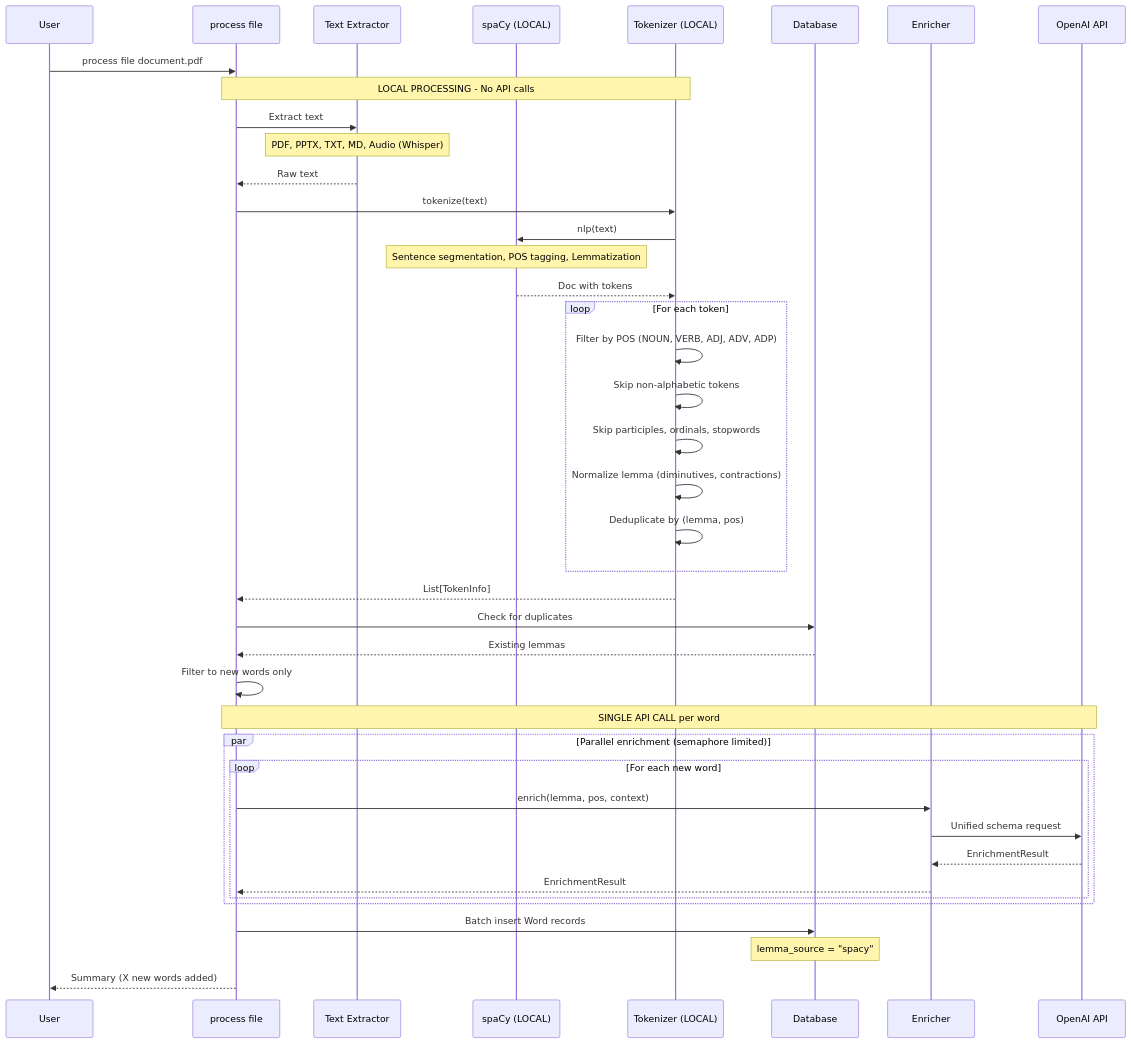
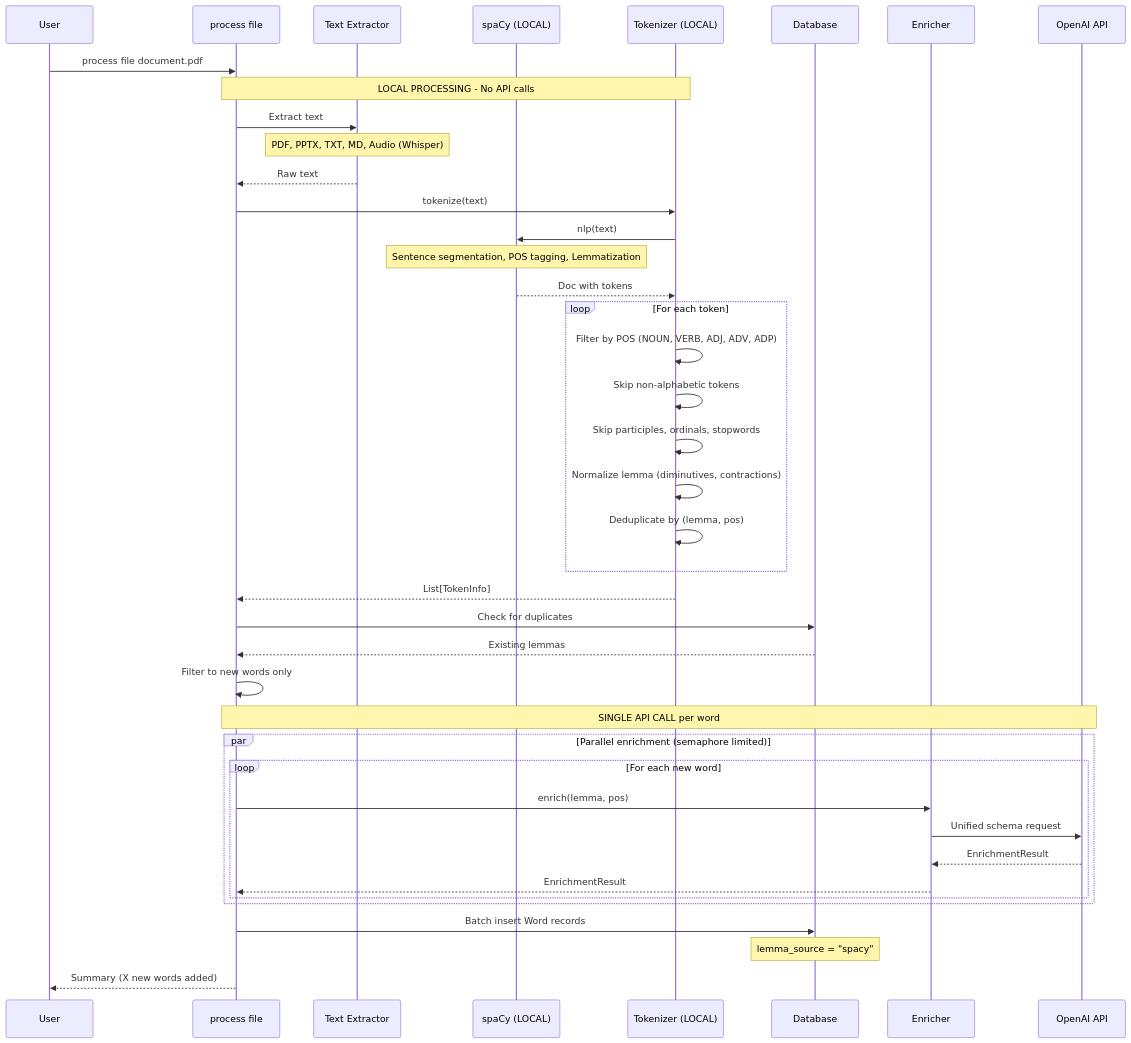
One commit to sapientpants/vocabext changed the second of 9 diagrams in docs/llm-pipelines.md. Above: the diagram before and after it, drawn with Mermaid. The commit also changed other lines of this file and 3 other files, not shown here.

First line of the commit message:
fix: address Copilot review comments and add preposition schema

````diff
--- a/docs/llm-pipelines.md
+++ b/docs/llm-pipelines.md
@@ -71,51 +71,51 @@
 ```mermaid
 sequenceDiagram
     participant User
     participant CLI as process file
     participant Extractor as Text Extractor
     participant spaCy as spaCy (LOCAL)
     participant Tokenizer as Tokenizer (LOCAL)
     participant DB as Database
     participant Enricher
     participant API as OpenAI API
 
     User->>CLI: process file document.pdf
 
     Note over CLI,Tokenizer: LOCAL PROCESSING - No API calls
     CLI->>Extractor: Extract text
     Note over Extractor: PDF, PPTX, TXT, MD, Audio (Whisper)
     Extractor-->>CLI: Raw text
 
     CLI->>Tokenizer: tokenize(text)
     Tokenizer->>spaCy: nlp(text)
     Note over spaCy: Sentence segmentation, POS tagging, Lemmatization
     spaCy-->>Tokenizer: Doc with tokens
 
     loop For each token
         Tokenizer->>Tokenizer: Filter by POS (NOUN, VERB, ADJ, ADV, ADP)
         Tokenizer->>Tokenizer: Skip non-alphabetic tokens
         Tokenizer->>Tokenizer: Skip participles, ordinals, stopwords
         Tokenizer->>Tokenizer: Normalize lemma (diminutives, contractions)
         Tokenizer->>Tokenizer: Deduplicate by (lemma, pos)
     end
 
     Tokenizer-->>CLI: List[TokenInfo]
 
     CLI->>DB: Check for duplicates
     DB-->>CLI: Existing lemmas
     CLI->>CLI: Filter to new words only
 
     Note over CLI,API: SINGLE API CALL per word
     par Parallel enrichment (semaphore limited)
         loop For each new word
-            CLI->>Enricher: enrich(lemma, pos, context)
+            CLI->>Enricher: enrich(lemma, pos)
             Enricher->>API: Unified schema request
             API-->>Enricher: EnrichmentResult
             Enricher-->>CLI: EnrichmentResult
         end
     end
 
     CLI->>DB: Batch insert Word records
     Note over DB: lemma_source = "spacy"
     CLI-->>User: Summary (X new words added)
 ```
````
